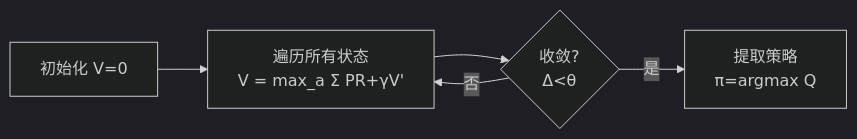
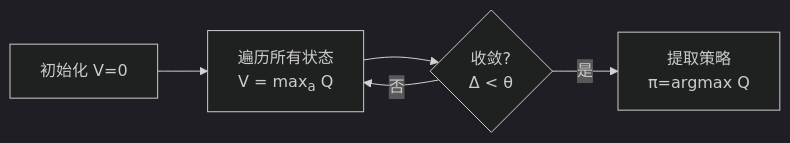
Before and after one commit to Xinyu-lumos/RL-study: the third of 4 diagrams in day03-dynamic-programming.md, drawn with Mermaid (dark theme). The commit also changed other lines of this file, not shown here.

````diff
--- a/day03-dynamic-programming.md
+++ b/day03-dynamic-programming.md
@@ -233,7 +426,7 @@
 ```mermaid
 graph LR
-    A[初始化 V=0] --> B[遍历所有状态<br/>V = max_a Σ PR+γV']
-    B --> C{收敛?<br/>Δ<θ}
+    A[初始化 V=0] --> B[遍历所有状态<br/>V = max<sub>a</sub> Q]
+    B --> C{"收敛?<br/>Δ < θ"}
     C -->|否| B
     C -->|是| D[提取策略<br/>π=argmax Q]
 ```
````
